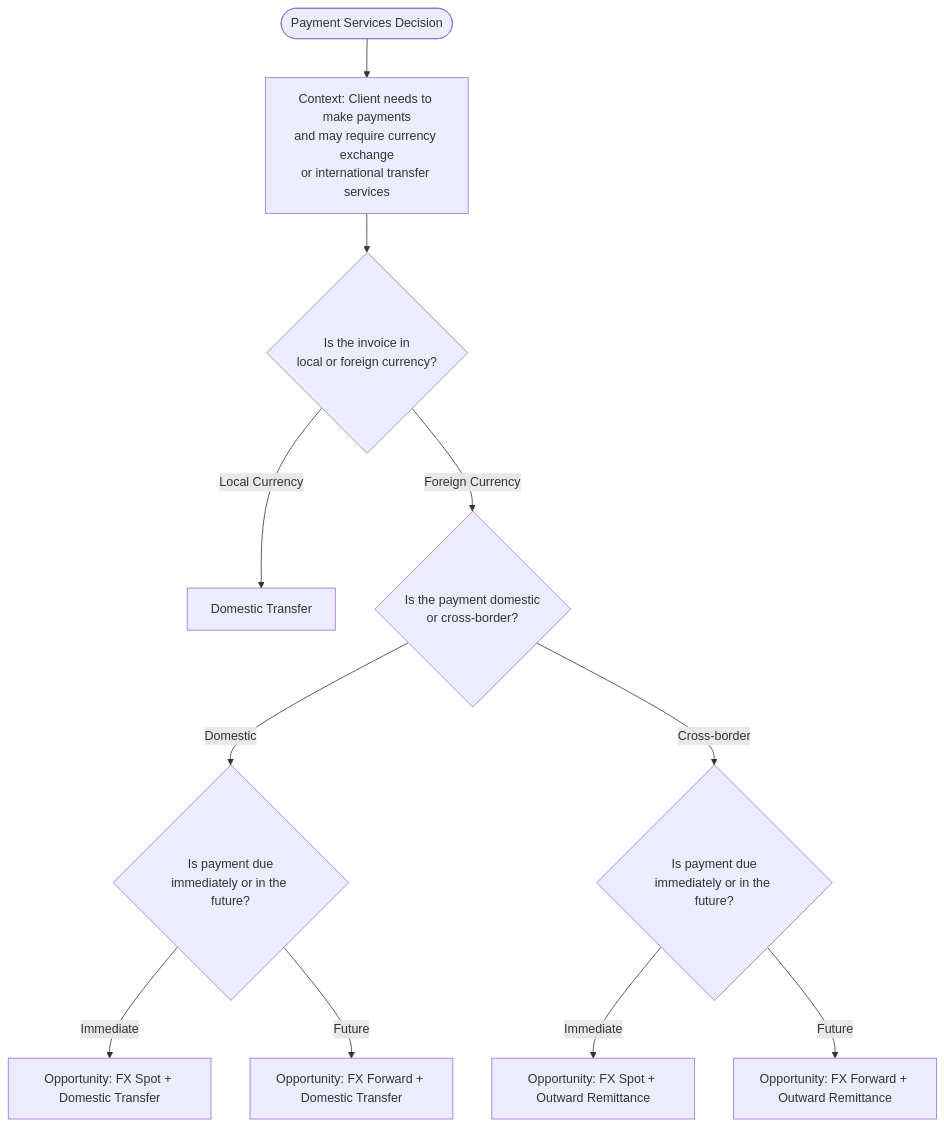
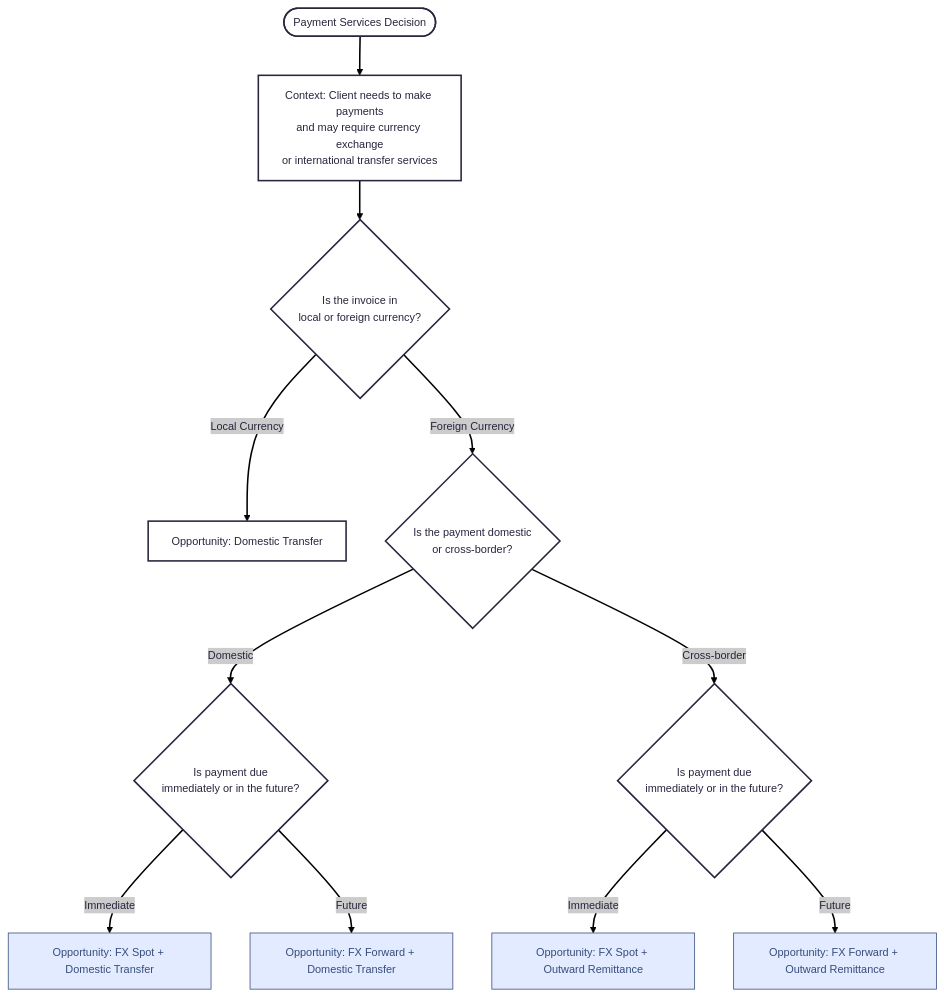
One commit to sage-develop/why changed the diagram in tvc_decision_trees/payment_services_trees/payment_services_tree.md. Above: the diagram before and after it, drawn with Mermaid. The commit also changed 2 other files, not shown here.

Commit message:
update wordings

````diff
--- a/tvc_decision_trees/payment_services_trees/payment_services_tree.md
+++ b/tvc_decision_trees/payment_services_trees/payment_services_tree.md
@@ -22,13 +22,22 @@
 ```mermaid
+---
+config:
+  theme: redux
+---
 flowchart TD
     Start(["Payment Services Decision"]) --> Context["Context: Client needs to make payments<br>and may require currency exchange<br>or international transfer services"]
     Context --> Q1{"Is the invoice in<br>local or foreign currency?"}
-    Q1 -- Local Currency --> DT["Domestic Transfer"]
+    Q1 -- Local Currency --> DT["Opportunity: Domestic Transfer"]
     Q1 -- Foreign Currency --> Q2{"Is the payment domestic<br>or cross-border?"}
     Q2 -- Domestic --> Q3{"Is payment due<br>immediately or in the future?"}
     Q2 -- "Cross-border" --> Q4{"Is payment due<br>immediately or in the future?"}
     Q3 -- Immediate --> FXS1["Opportunity: FX Spot + Domestic Transfer"]
     Q3 -- Future --> FXF1["Opportunity: FX Forward + Domestic Transfer"]
     Q4 -- Immediate --> FXS2["Opportunity: FX Spot + Outward Remittance"]
     Q4 -- Future --> FXF2["Opportunity: FX Forward + Outward Remittance"]
+     FXS1:::Sky
+     FXF1:::Sky
+     FXS2:::Sky
+     FXF2:::Sky
+    classDef Sky stroke-width:1px, stroke-dasharray:none, stroke:#374D7C, fill:#E2EBFF, color:#374D7C
 ```
````
